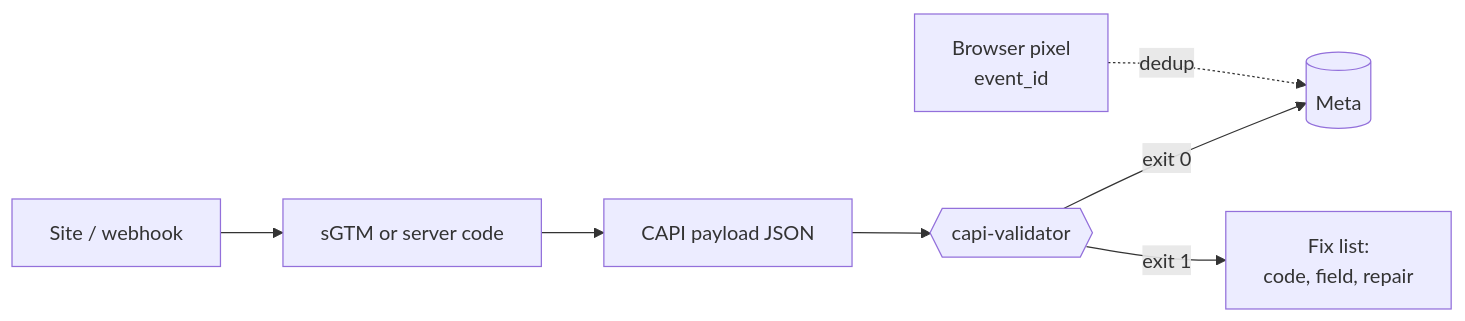
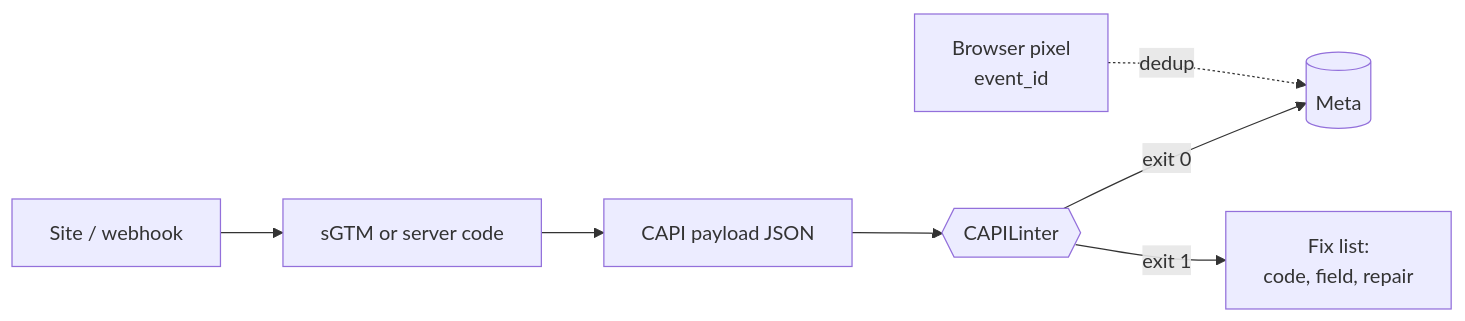
The diagram in README.md (ChristopherLandaverde/capilinter), drawn with Mermaid before and after one commit. The commit also changed other lines of this file and 21 other files, not shown here.

````diff
--- a/README.md
+++ b/README.md
@@ -26,9 +26,9 @@
 ```mermaid
 flowchart LR
   A[Browser pixel<br/>event_id] -.dedup.-> M[(Meta)]
   B[Site / webhook] --> S[sGTM or server code]
   S --> P[CAPI payload JSON]
-  P --> V{{capi-validator}}
+  P --> V{{CAPILinter}}
   V -- exit 0 --> M
   V -- exit 1 --> F[Fix list:<br/>code, field, repair]
 ```
````
